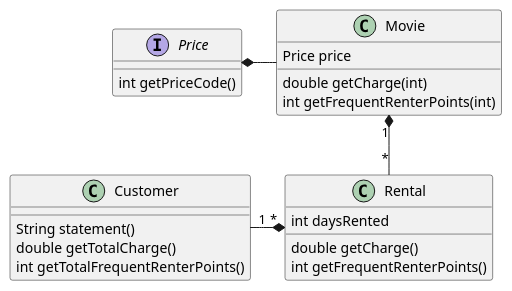
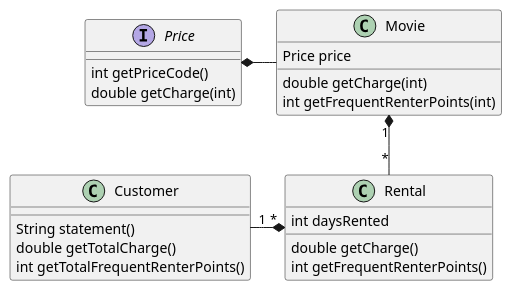
Before and after one commit to rony76/martin-fowler-example: the diagram in src/main/resources/MovieRentalCustomer.puml, drawn with PlantUML. The commit also changed 5 other files, not shown here.

Commit message:
Replace Conditional with Polymorphism: getCharge

```diff
--- a/src/main/resources/MovieRentalCustomer.puml
+++ b/src/main/resources/MovieRentalCustomer.puml
@@ -1,29 +1,30 @@
 @startuml
 
 Movie "1" *-- "*" Rental
 Customer "1" -* "*" Rental
 Price *- Movie
 
 interface Price {
     int getPriceCode()
+    double getCharge(int)
 }
 
 class Movie {
     Price price
     double getCharge(int)
     int getFrequentRenterPoints(int)
 }
 
 class Rental {
     int daysRented
     double getCharge()
     int getFrequentRenterPoints()
 }
 
 class Customer {
     String statement()
     double getTotalCharge()
     int getTotalFrequentRenterPoints()
 }
 
 @enduml
```
